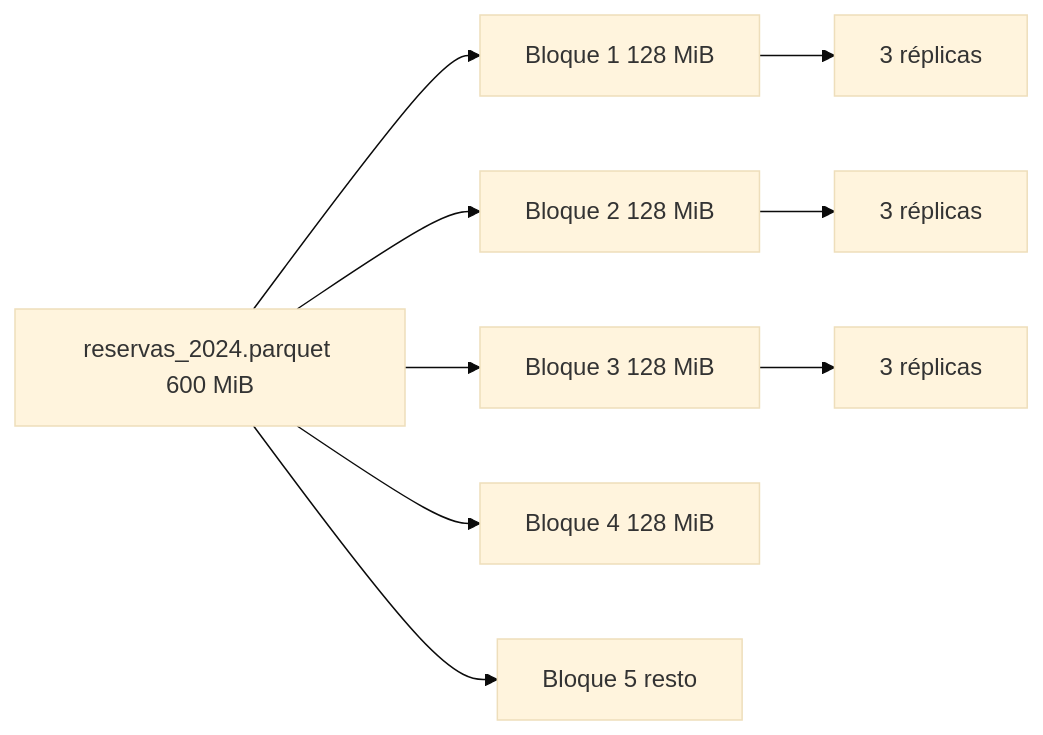
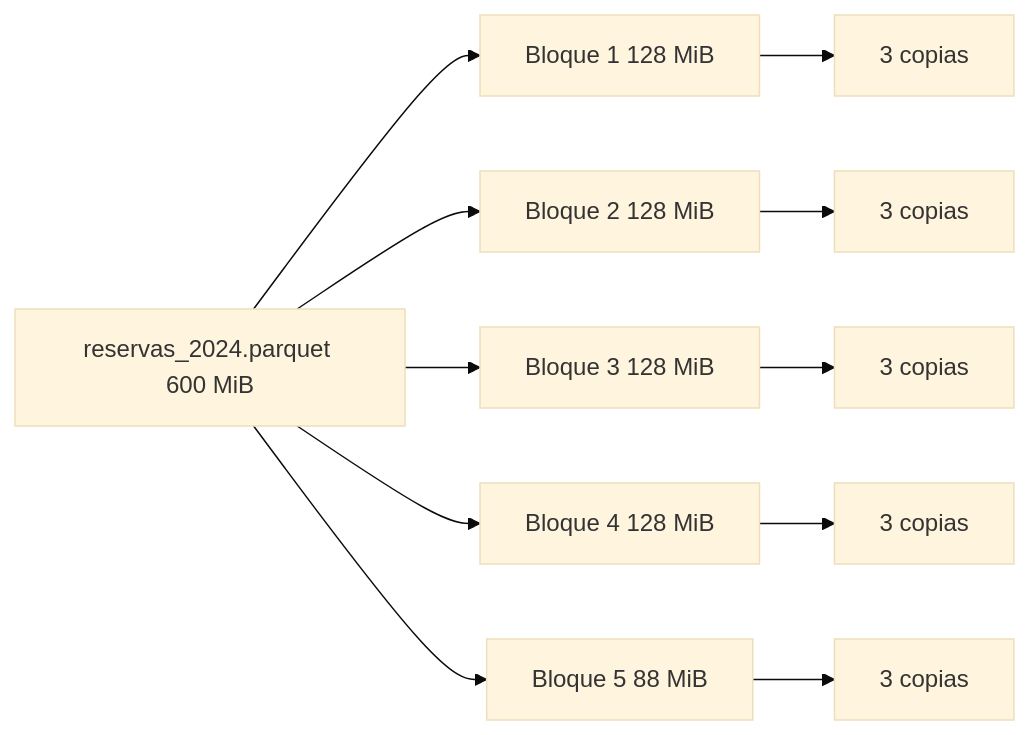
One commit to iesataulfoargentasor/bda_2026_2027 changed the first of 4 diagrams in docs/ut2/hdfs.md. Above: the diagram before and after it, drawn with Mermaid (base theme). The commit also changed other lines of this file and 2 other files, not shown here.

````diff
--- a/docs/ut2/hdfs.md
+++ b/docs/ut2/hdfs.md
@@ -53,11 +60,13 @@
 ```mermaid
 flowchart LR
   F["reservas_2024.parquet 600 MiB"] --> B1[Bloque 1 128 MiB]
   F --> B2[Bloque 2 128 MiB]
   F --> B3[Bloque 3 128 MiB]
   F --> B4[Bloque 4 128 MiB]
-  F --> B5[Bloque 5 resto]
-  B1 --> R1[3 réplicas]
-  B2 --> R2[3 réplicas]
-  B3 --> R3[3 réplicas]
+  F --> B5[Bloque 5 88 MiB]
+  B1 --> R1[3 copias]
+  B2 --> R2[3 copias]
+  B3 --> R3[3 copias]
+  B4 --> R4[3 copias]
+  B5 --> R5[3 copias]
 ```
````
